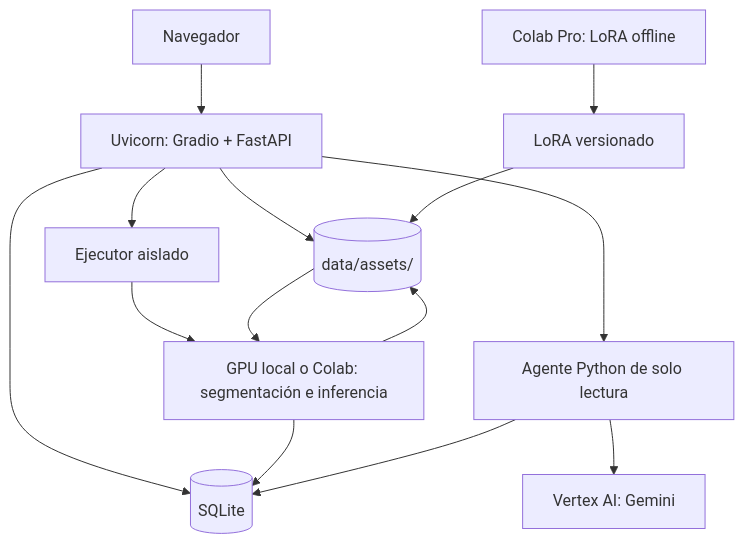
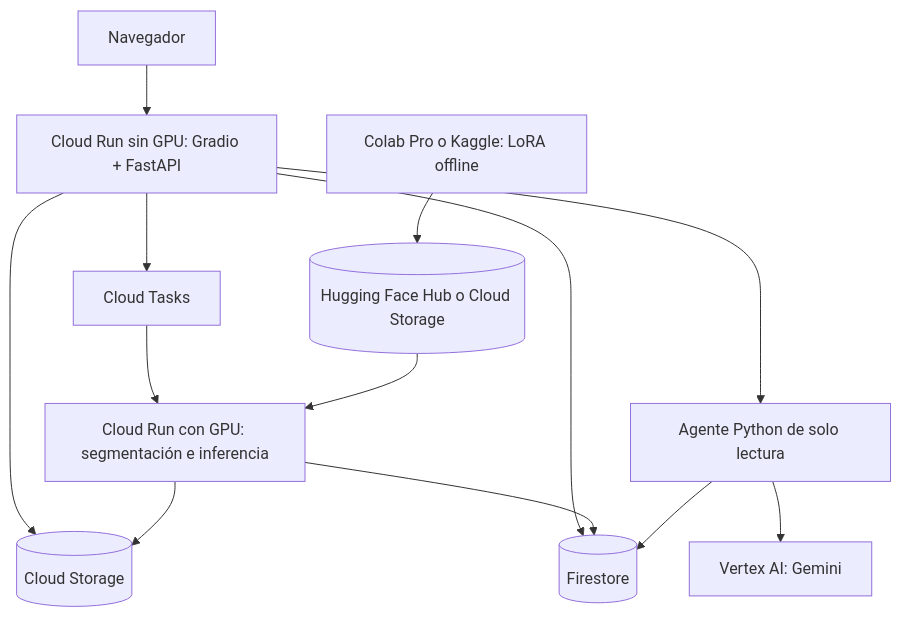
The sixth of 6 diagrams in docs/01_ARQUITECTURA.md (IsaacVera10/productshot-ai), drawn with Mermaid before and after one commit. The commit also changed other lines of this file and 7 other files, not shown here.

First line of the commit message:
docs: infraestructura sin créditos de gcp con piezas intercambiables (adr-009)

````diff
--- a/docs/01_ARQUITECTURA.md
+++ b/docs/01_ARQUITECTURA.md
@@ -226,16 +227,15 @@
 ```mermaid
 flowchart TD
-    USER["Navegador"] --> WEB["Uvicorn: Gradio + FastAPI"]
-    WEB --> FILES[("data/assets/")]
-    WEB --> DB[("SQLite")]
-    WEB --> EXEC["Ejecutor aislado"]
-    EXEC --> GPU["GPU local o Colab: segmentación e inferencia"]
-    GPU --> FILES
-    GPU --> DB
+    USER["Navegador"] --> WEB["Cloud Run sin GPU: Gradio + FastAPI"]
+    WEB --> STORE[("Cloud Storage")]
+    WEB --> META[("Firestore")]
+    WEB --> TASK["Cloud Tasks"]
+    TASK --> GPU["Cloud Run con GPU: segmentación e inferencia"]
+    GPU --> STORE
+    GPU --> META
     WEB --> AGENT["Agente Python de solo lectura"]
     AGENT --> GEM["Vertex AI: Gemini"]
-    AGENT --> DB
-    COLAB["Colab Pro: LoRA offline"] --> ART["LoRA versionado"]
-    ART --> FILES
-    FILES --> GPU
+    AGENT --> META
+    COLAB["Colab Pro o Kaggle: LoRA offline"] --> HUB[("Hugging Face Hub o Cloud Storage")]
+    HUB --> GPU
 ```
````
